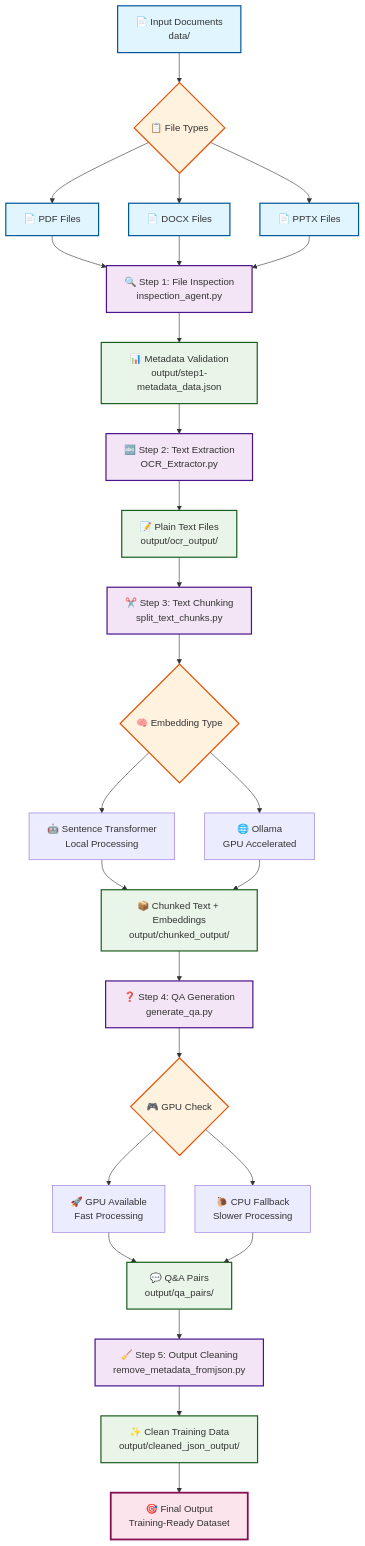
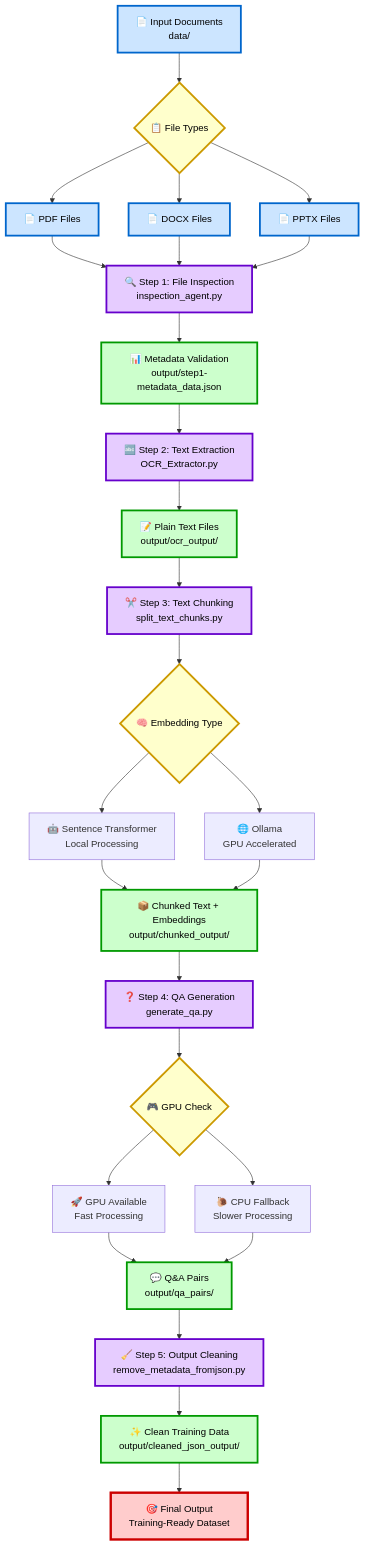
One commit to HishamSunjeq/DocumentAI-Prep changed the first of 6 diagrams in docs/project_diagram.md. Above: the diagram before and after it, drawn with Mermaid. The commit also changed other lines of this file, not shown here.

````diff
--- a/docs/project_diagram.md
+++ b/docs/project_diagram.md
@@ -5,54 +5,54 @@
 ```mermaid
 flowchart TD
     %% Input Layer
     A[📄 Input Documents<br/>data/] --> B{📋 File Types}
     B --> B1[📄 PDF Files]
     B --> B2[📄 DOCX Files]
     B --> B3[📄 PPTX Files]
 
     %% Step 1: Inspection
     B1 --> C[🔍 Step 1: File Inspection<br/>inspection_agent.py]
     B2 --> C
     B3 --> C
     C --> C1[📊 Metadata Validation<br/>output/step1-metadata_data.json]
 
     %% Step 2: OCR
     C1 --> D[🔤 Step 2: Text Extraction<br/>OCR_Extractor.py]
     D --> D1[📝 Plain Text Files<br/>output/ocr_output/]
 
     %% Step 3: Chunking
     D1 --> E[✂️ Step 3: Text Chunking<br/>split_text_chunks.py]
     E --> E1{🧠 Embedding Type}
     E1 --> E2[🤖 Sentence Transformer<br/>Local Processing]
     E1 --> E3[🌐 Ollama<br/>GPU Accelerated]
     E2 --> F[📦 Chunked Text + Embeddings<br/>output/chunked_output/]
     E3 --> F
 
     %% Step 4: QA Generation
     F --> G[❓ Step 4: QA Generation<br/>generate_qa.py]
     G --> G1{🎮 GPU Check}
     G1 --> G2[🚀 GPU Available<br/>Fast Processing]
     G1 --> G3[🐌 CPU Fallback<br/>Slower Processing]
     G2 --> H[💬 Q&A Pairs<br/>output/qa_pairs/]
     G3 --> H
 
     %% Step 5: Cleaning
     H --> I[🧹 Step 5: Output Cleaning<br/>remove_metadata_fromjson.py]
     I --> J[✨ Clean Training Data<br/>output/cleaned_json_output/]
 
     %% Final Output
     J --> K[🎯 Final Output<br/>Training-Ready Dataset]
 
     %% Styling
-    classDef inputFiles fill:#e1f5fe,stroke:#01579b,stroke-width:2px
-    classDef processing fill:#f3e5f5,stroke:#4a148c,stroke-width:2px
-    classDef output fill:#e8f5e8,stroke:#1b5e20,stroke-width:2px
-    classDef decision fill:#fff3e0,stroke:#e65100,stroke-width:2px
-    classDef final fill:#fce4ec,stroke:#880e4f,stroke-width:3px
+    classDef inputFiles fill:#cce5ff,stroke:#0066cc,stroke-width:3px,color:#000000
+    classDef processing fill:#e6ccff,stroke:#6600cc,stroke-width:3px,color:#000000
+    classDef output fill:#ccffcc,stroke:#009900,stroke-width:3px,color:#000000
+    classDef decision fill:#ffffcc,stroke:#cc9900,stroke-width:3px,color:#000000
+    classDef final fill:#ffcccc,stroke:#cc0000,stroke-width:4px,color:#000000
 
     class A,B,B1,B2,B3 inputFiles
     class C,D,E,G,I processing
     class C1,D1,F,H,J output
     class B,E1,G1 decision
     class K final
 ```
````
